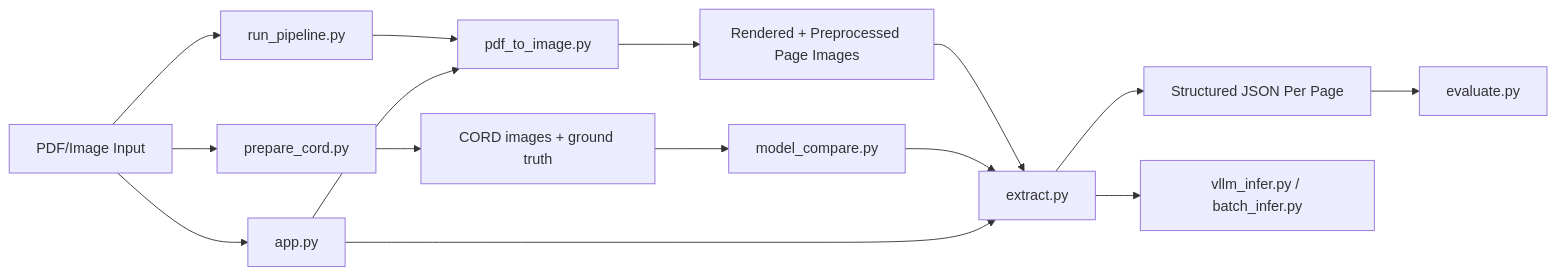
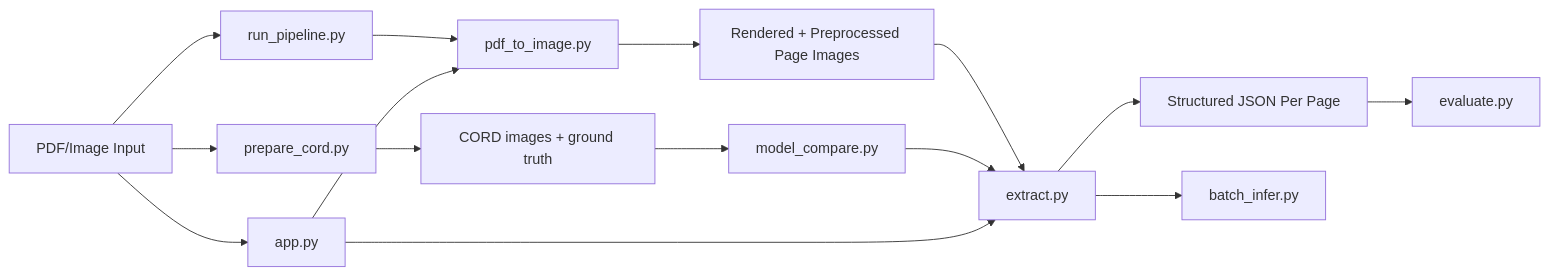
Before and after one commit to SushOS/VLM-Extraction-Reasoning: the diagram in README.md, drawn with Mermaid.

Commit message:
Update README to reference only batch_infer.py

````diff
--- a/README.md
+++ b/README.md
@@ -42,17 +42,17 @@
 ```mermaid
 flowchart LR
     A[PDF/Image Input] --> B[run_pipeline.py]
     B --> C[pdf_to_image.py]
     C --> D[Rendered + Preprocessed Page Images]
     D --> E[extract.py]
     E --> F[Structured JSON Per Page]
     F --> G[evaluate.py]
     A --> H[prepare_cord.py]
     H --> I[CORD images + ground truth]
     I --> J[model_compare.py]
     J --> E
     A --> K[app.py]
     K --> C
     K --> E
-    E --> L[vllm_infer.py / batch_infer.py]
+    E --> L[batch_infer.py]
 ```
````
